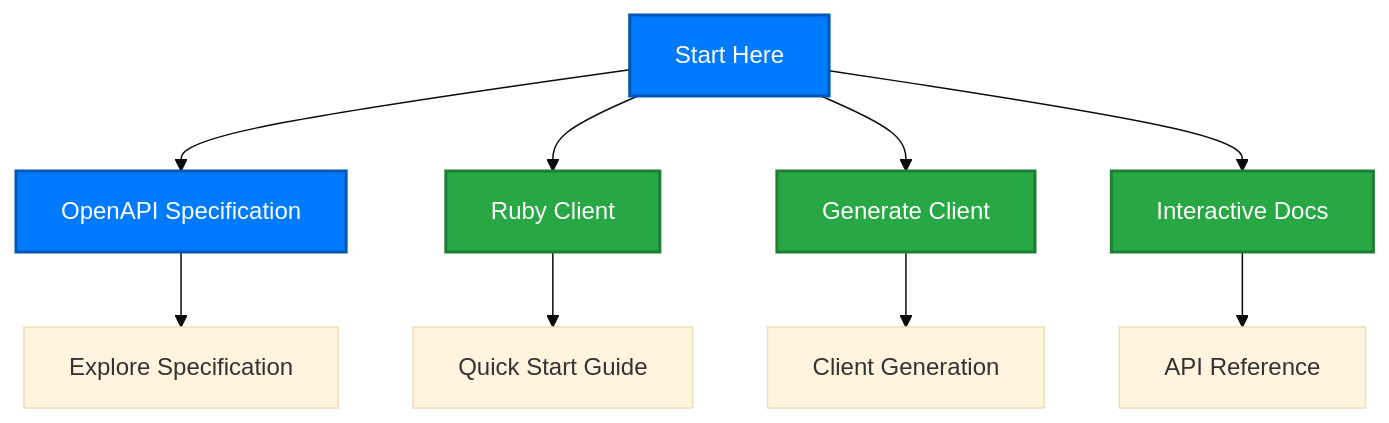
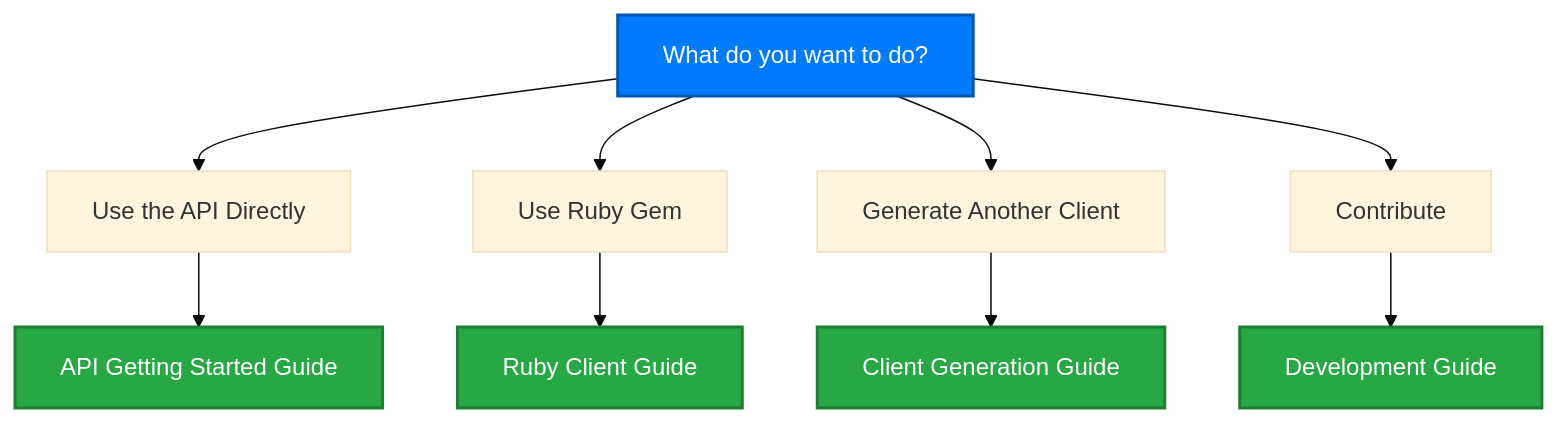
Before and after one commit to mitre/cyber-trackr-live: the second of 2 diagrams in docs/index.md, drawn with Mermaid (base theme). The commit also changed other lines of this file, not shown here.

````diff
--- a/docs/index.md
+++ b/docs/index.md
@@ -68,18 +68,18 @@
 ```mermaid
 graph TD
-    A["Start Here"] --> B["OpenAPI Specification"]
-    A --> C["Ruby Client"]
-    A --> D["Generate Client"]
-    A --> E["Interactive Docs"]
+    A["What do you want to do?"] --> B["Use the API Directly"]
+    A --> C["Use Ruby Gem"]
+    A --> D["Generate Another Client"]
+    A --> E["Contribute"]
     
-    B --> F["Explore Specification"]
-    C --> G["Quick Start Guide"]
-    D --> H["Client Generation"]
-    E --> I["API Reference"]
+    B --> F["API Getting Started Guide"]
+    C --> G["Ruby Client Guide"]
+    D --> H["Client Generation Guide"]
+    E --> I["Development Guide"]
     
     style A fill:#007bff,stroke:#0056b3,stroke-width:2px,color:#ffffff
-    style B fill:#007bff,stroke:#0056b3,stroke-width:2px,color:#ffffff
-    style C fill:#28a745,stroke:#1e7e34,stroke-width:2px,color:#ffffff
-    style D fill:#28a745,stroke:#1e7e34,stroke-width:2px,color:#ffffff
-    style E fill:#28a745,stroke:#1e7e34,stroke-width:2px,color:#ffffff
+    style F fill:#28a745,stroke:#1e7e34,stroke-width:2px,color:#ffffff
+    style G fill:#28a745,stroke:#1e7e34,stroke-width:2px,color:#ffffff
+    style H fill:#28a745,stroke:#1e7e34,stroke-width:2px,color:#ffffff
+    style I fill:#28a745,stroke:#1e7e34,stroke-width:2px,color:#ffffff
 ```
````
